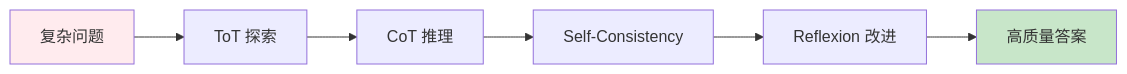
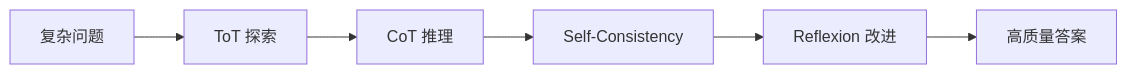
One commit to yuexiaoliang/prompt-engineering-learning changed the seventh of 8 diagrams in 03-reasoning-zh.md. Above: the diagram before and after it, drawn with Mermaid. The commit also changed other lines of this file, not shown here.

Commit message:
fix: remove hardcoded fill colors from Mermaid charts for light/dark theme auto-adaptation

````diff
--- a/03-reasoning-zh.md
+++ b/03-reasoning-zh.md
@@ -694,11 +670,9 @@
 ```mermaid
 flowchart LR
     A[复杂问题] --> B[ToT 探索]
     B --> C[CoT 推理]
     C --> D[Self-Consistency]
     D --> E[Reflexion 改进]
     E --> F[高质量答案]
 
-    style A fill:#ffebee
-    style F fill:#c8e6c9
 ```
````
